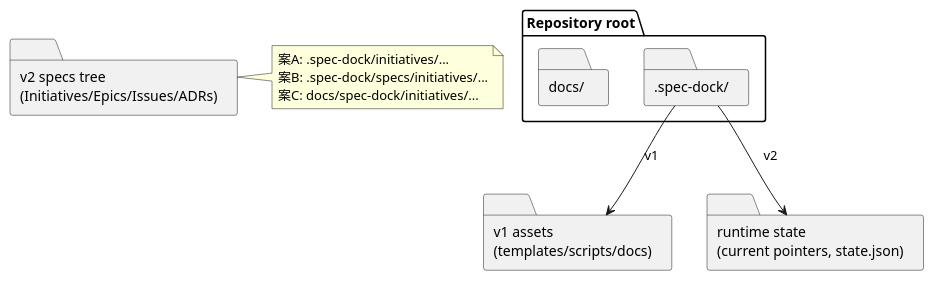
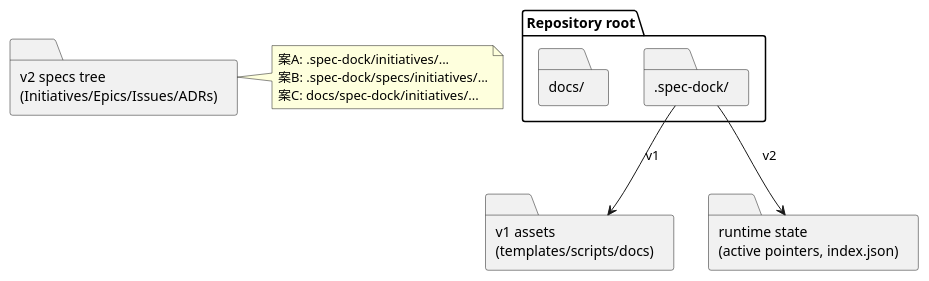
The diagram in docs/discussion-sheets/01_tree_root_location.md (chemitaro/spec-dock), drawn with PlantUML before and after one commit. The commit also changed other lines of this file and 13 other files, not shown here.

````diff
--- a/docs/discussion-sheets/01_tree_root_location.md
+++ b/docs/discussion-sheets/01_tree_root_location.md
@@ -153,23 +153,23 @@
 ```plantuml
 @startuml
 skinparam componentStyle rectangle
 
 package "Repository root" {
   folder ".spec-dock/" as specdock
   folder "docs/" as docs
 }
 
 folder "v1 assets\n(templates/scripts/docs)" as v1
 folder "v2 specs tree\n(Initiatives/Epics/Issues/ADRs)" as v2
-folder "runtime state\n(current pointers, state.json)" as runtime
+folder "runtime state\n(active pointers, index.json)" as runtime
 
 specdock --> v1 : v1
 specdock --> runtime : v2
 
 note right of v2
 案A: .spec-dock/initiatives/...
 案B: .spec-dock/specs/initiatives/...
 案C: docs/spec-dock/initiatives/...
 end note
 @enduml
 ```
````
